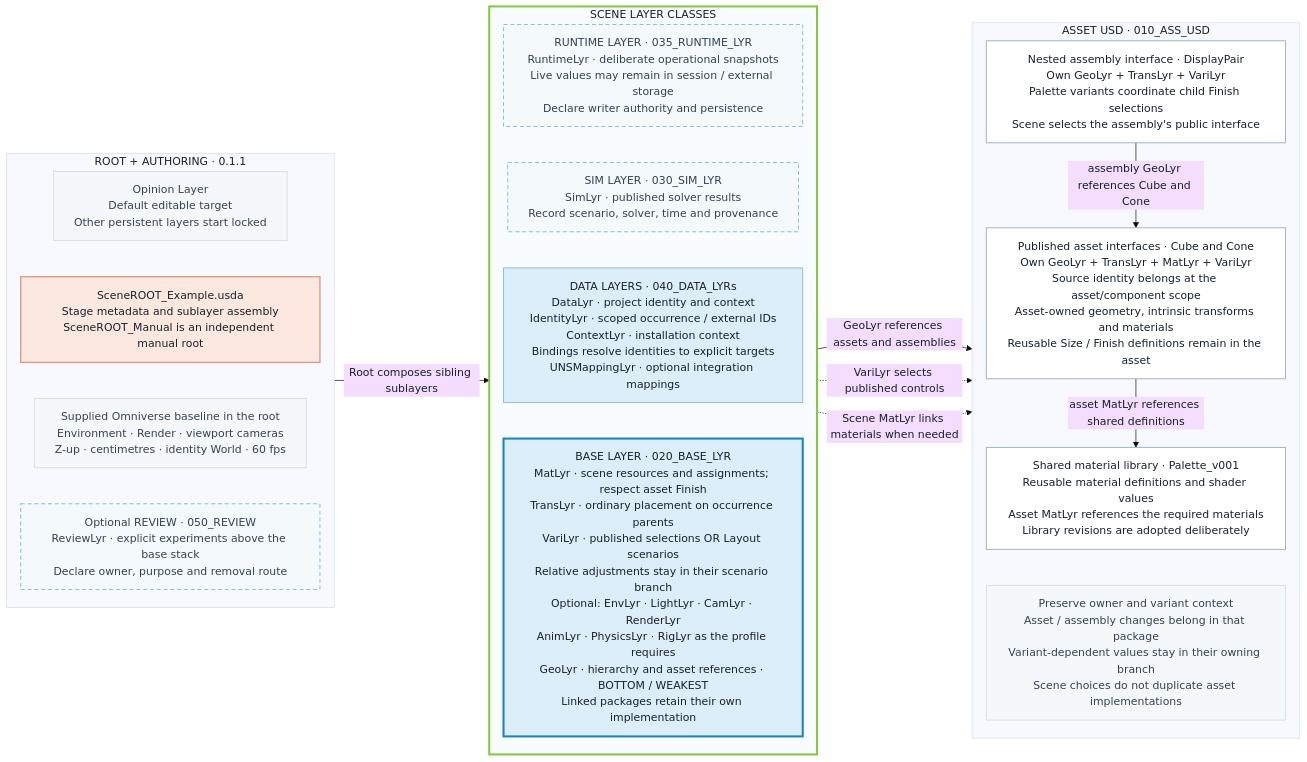
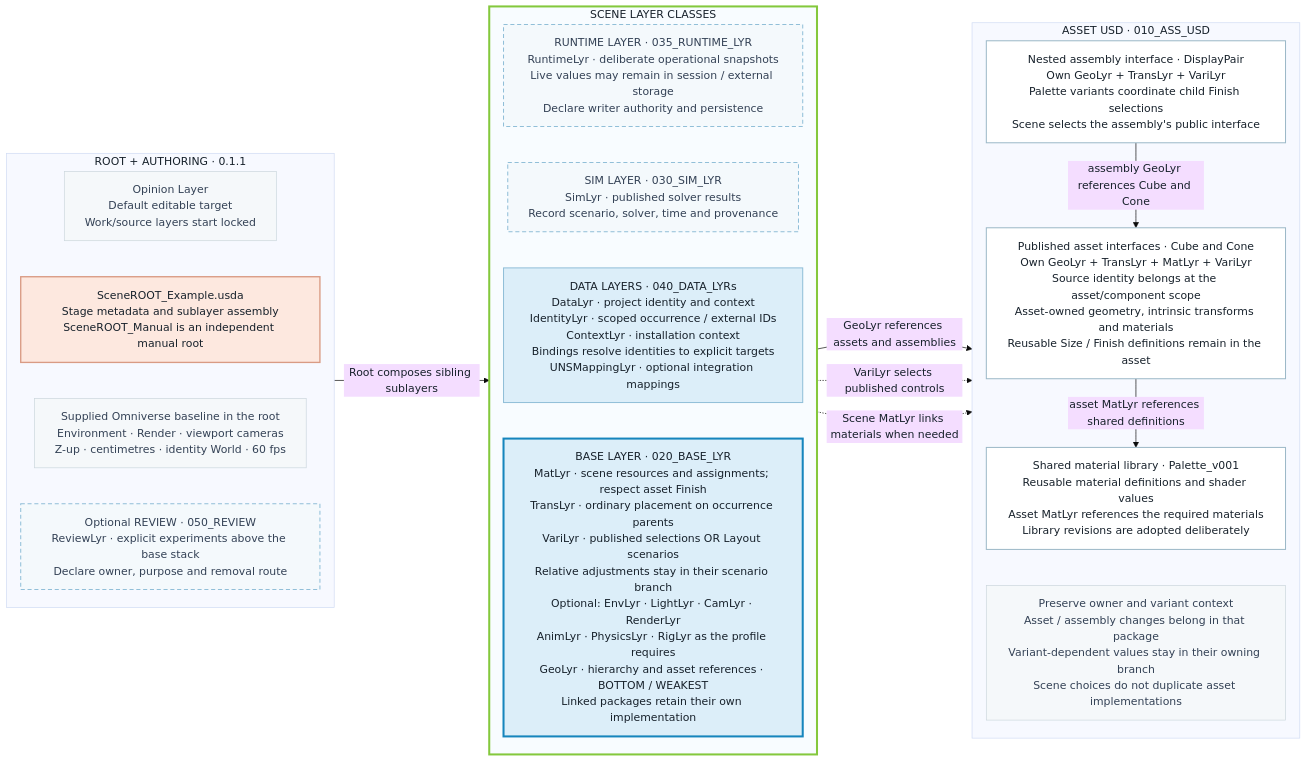
The diagram in CompositionContracts.md (jph2/OpenUSD_GoodStart_CompositionContract), drawn with Mermaid (base theme) before and after one commit. The commit also changed other lines of this file and 167 other files, not shown here.

````diff
--- a/CompositionContracts.md
+++ b/CompositionContracts.md
@@ -13,58 +13,58 @@
 ```mermaid
 %%{init: {"flowchart": {"wrappingWidth": 380, "nodeSpacing": 22, "rankSpacing": 28}}}%%
 flowchart LR
     accTitle: OpenUSD Composition Contracts 0.1.1 - Root, scene stack and reusable sources
     accDescr: Left to right, the root assembles a vertical scene layer stack with GeoLyr at the bottom. Reusable assets, assemblies and materials retain their own implementation and variant context.
     %% Connect the column subgraphs, keeping their internal TB layout intact.
     subgraph ENTRY["ROOT + AUTHORING · 0.1.1"]
         direction TB
-        Session["Opinion Layer<br/>Default editable target<br/>Other persistent layers start locked"]
+        Session["Opinion Layer<br/>Default editable target<br/>Work/source layers start locked"]
         R["SceneROOT_Example.usda<br/>Stage metadata and sublayer assembly<br/>SceneROOT_Manual is an independent manual root"]
         Startup["Supplied Omniverse baseline in the root<br/>Environment · Render · viewport cameras<br/>Z-up · centimetres · identity World · 60 fps"]
         Session ~~~ R
         R ~~~ Startup
         Review["Optional REVIEW · 050_REVIEW<br/>ReviewLyr · explicit experiments above the base stack<br/>Declare owner, purpose and removal route"]
         Startup ~~~ Review
     end
 
     subgraph STACK["SCENE LAYER CLASSES"]
         direction TB
         RT["RUNTIME LAYER · 035_RUNTIME_LYR<br/>RuntimeLyr · deliberate operational snapshots<br/>Live values may remain in session / external storage<br/>Declare writer authority and persistence"]
         S["SIM LAYER · 030_SIM_LYR<br/>SimLyr · published solver results<br/>Record scenario, solver, time and provenance"]
         D["DATA LAYERS · 040_DATA_LYRs<br/>DataLyr · project identity and context<br/>IdentityLyr · scoped occurrence / external IDs<br/>ContextLyr · installation context<br/>Bindings resolve identities to explicit targets<br/>UNSMappingLyr · optional integration mappings"]
         BASE["BASE LAYER · 020_BASE_LYR<br/>MatLyr · scene resources and assignments; respect asset Finish<br/>TransLyr · ordinary placement on occurrence parents<br/>VariLyr · published selections OR Layout scenarios<br/>Relative adjustments stay in their scenario branch<br/>Optional: EnvLyr · LightLyr · CamLyr · RenderLyr<br/>AnimLyr · PhysicsLyr · RigLyr as the profile requires<br/>GeoLyr · hierarchy and asset references · BOTTOM / WEAKEST<br/>Linked packages retain their own implementation"]
         RT ~~~ S
         S ~~~ D
         D ~~~ BASE
     end
 
     subgraph SRC["ASSET USD · 010_ASS_USD"]
         direction TB
         B["Nested assembly interface · DisplayPair<br/>Own GeoLyr + TransLyr + VariLyr<br/>Palette variants coordinate child Finish selections<br/>Scene selects the assembly's public interface"]
         A["Published asset interfaces · Cube and Cone<br/>Own GeoLyr + TransLyr + MatLyr + VariLyr<br/>Source identity belongs at the asset/component scope<br/>Asset-owned geometry, intrinsic transforms and materials<br/>Reusable Size / Finish definitions remain in the asset"]
         Library["Shared material library · Palette_v001<br/>Reusable material definitions and shader values<br/>Asset MatLyr references the required materials<br/>Library revisions are adopted deliberately"]
         Context["Preserve owner and variant context<br/>Asset / assembly changes belong in that package<br/>Variant-dependent values stay in their owning branch<br/>Scene choices do not duplicate asset implementations"]
         B -->|"assembly GeoLyr references Cube and Cone"| A
         A -->|"asset MatLyr references shared definitions"| Library
         Library ~~~ Context
     end
 
     ENTRY -->|"Root composes sibling sublayers"| STACK
     STACK -->|"GeoLyr references assets and assemblies"| SRC
     STACK -.->|"VariLyr selects published controls"| SRC
     STACK -.->|"Scene MatLyr links materials when needed"| SRC
 
     classDef root fill:#fde8df,stroke:#d99b84,color:#17212b,stroke-width:2px
     classDef layer fill:#dceef9,stroke:#91bfd8,color:#17212b,stroke-width:1.5px
     classDef optional fill:#f4f9fc,stroke:#91bfd8,color:#334155,stroke-width:1.5px,stroke-dasharray:6 4
     classDef base fill:#dceef9,stroke:#1685bd,color:#17212b,stroke-width:3px
     classDef asset fill:#ffffff,stroke:#9db9c8,color:#17212b,stroke-width:1.5px
     classDef note fill:#f5f8fa,stroke:#cbd6dc,color:#334155
     class R root
     class D layer
     class RT,S,Review optional
     class BASE base
     class B,A,Library asset
     class Session,Startup,Context note
     style STACK fill:#f8fcff,stroke:#84c83d,stroke-width:3px
 ```
````
